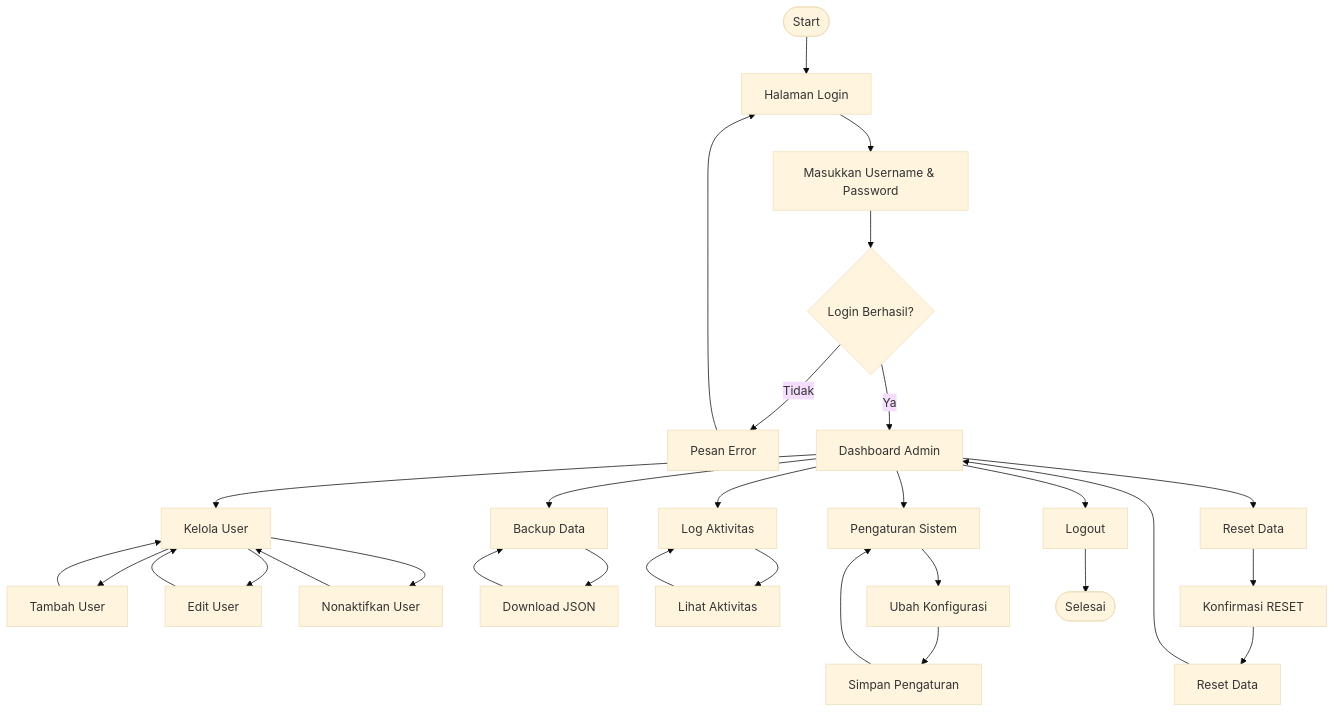
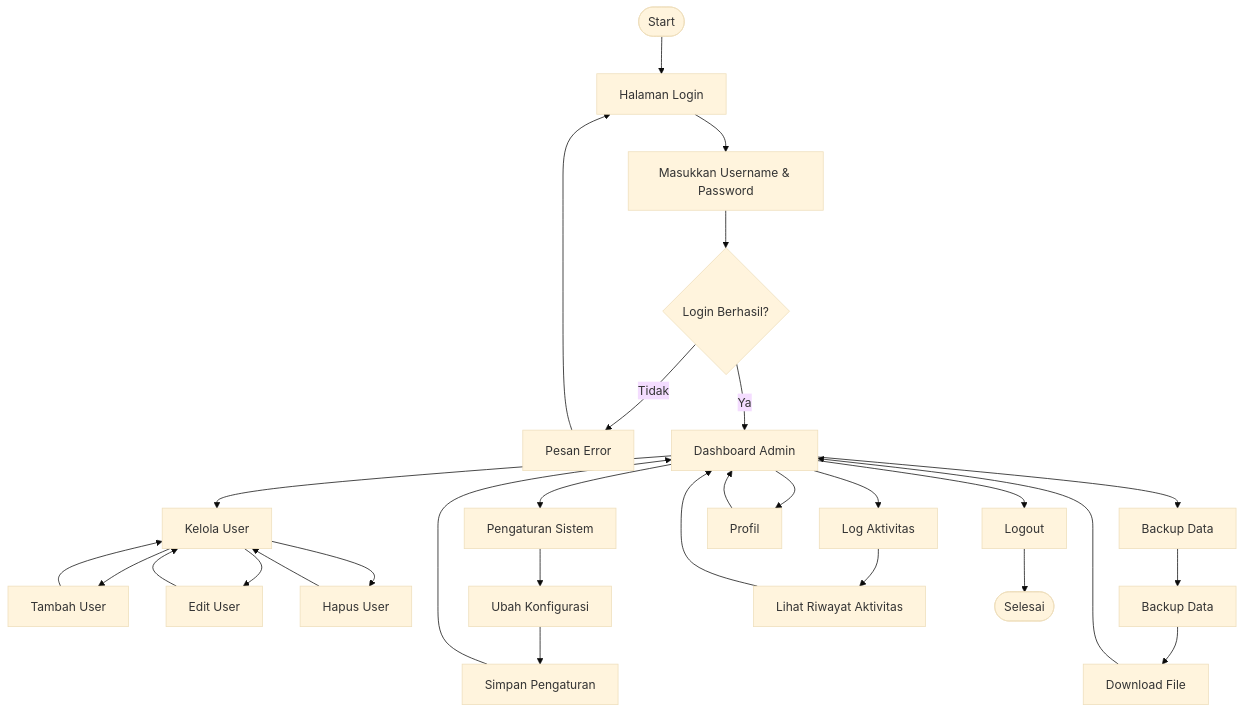
One commit to yoletaaissha/PERPUSTAKAAN-DIGITAL-PERINTIS changed the fifth of 5 diagrams in user_flows/user_flow_diagram.md. Above: the diagram before and after it, drawn with Mermaid (base theme). The commit also changed other lines of this file and 22 other files, not shown here.

Commit message:
Update dokumentasi dan user flow perpustakaan

````diff
--- a/user_flows/user_flow_diagram.md
+++ b/user_flows/user_flow_diagram.md
@@ -146,48 +213,55 @@
 ```mermaid
 flowchart TD
 
-A([Start]) --> B[Halaman Login]
+A([Start])
+--> B[Halaman Login]
+
 B --> C[Masukkan Username & Password]
+
 C --> D{Login Berhasil?}
 
 D -- Tidak --> E[Pesan Error]
 E --> B
 
 D -- Ya --> F[Dashboard Admin]
 
 F --> G[Kelola User]
-F --> H[Backup Data]
-F --> I[Log Aktivitas]
-F --> J[Pengaturan Sistem]
-F --> K[Reset Data]
+F --> H[Pengaturan Sistem]
+F --> I[Backup Data]
+F --> J[Log Aktivitas]
+F --> K[Profil]
 F --> L[Logout]
 
 %% Kelola User
+
 G --> G1[Tambah User]
 G --> G2[Edit User]
-G --> G3[Nonaktifkan User]
+G --> G3[Hapus User]
 
 G1 --> G
 G2 --> G
 G3 --> G
 
+%% Pengaturan
+
+H --> H1[Ubah Konfigurasi]
+H1 --> H2[Simpan Pengaturan]
+H2 --> F
+
 %% Backup
-H --> H1[Download JSON]
-H1 --> H
 
-%% Log
-I --> I1[Lihat Aktivitas]
-I1 --> I
+I --> I1[Backup Data]
+I1 --> I2[Download File]
+I2 --> F
 
-%% Pengaturan
-J --> J1[Ubah Konfigurasi]
-J1 --> J2[Simpan Pengaturan]
-J2 --> J
+%% Log Aktivitas
 
-%% Reset
-K --> K1[Konfirmasi RESET]
-K1 --> K2[Reset Data]
-K2 --> F
+J --> J1[Lihat Riwayat Aktivitas]
+J1 --> F
+
+%% Profil
+
+K --> F
 
 L --> M([Selesai])
 ```
````
